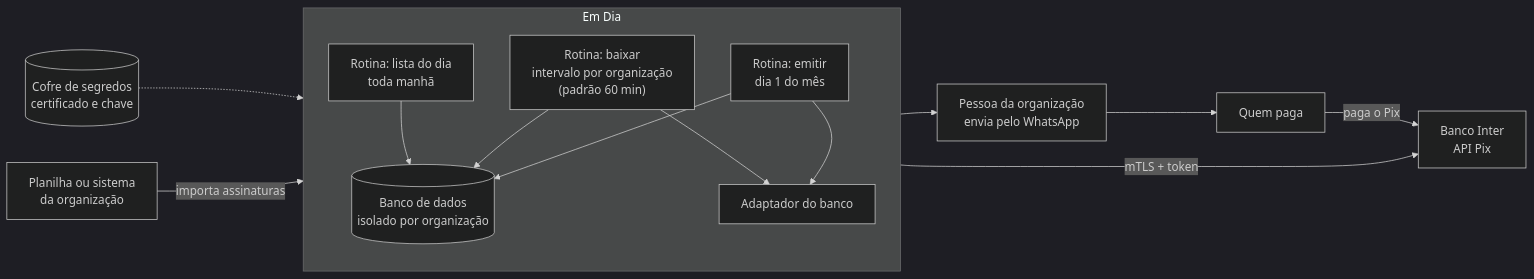
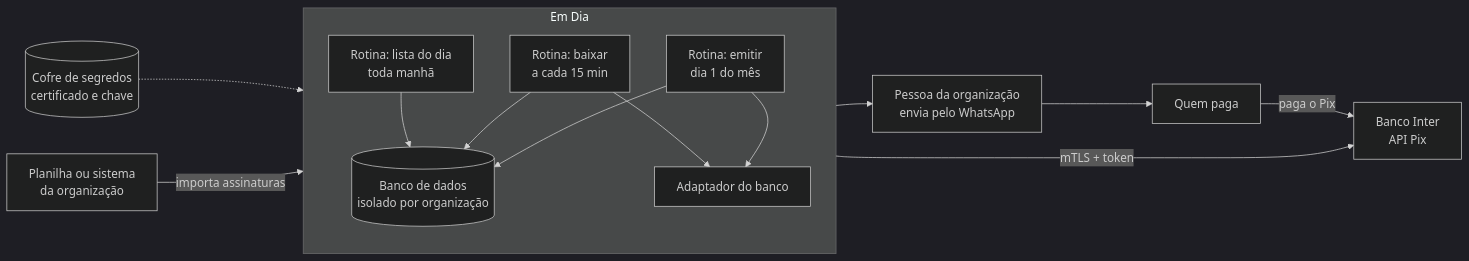
One commit to leonardorudolfocardoso/pix-em-dia changed the second of 9 diagrams in docs/processos.md. Above: the diagram before and after it, drawn with Mermaid (dark theme). The commit also changed other lines of this file and 3 other files, not shown here.

````diff
--- a/docs/processos.md
+++ b/docs/processos.md
@@ -52,22 +52,22 @@
 ```mermaid
 flowchart LR
   planilha["Planilha ou sistema<br/>da organização"] -->|importa assinaturas| emdia
   subgraph emdia["Em Dia"]
     direction TB
     emitir["Rotina: emitir<br/>dia 1 do mês"]
-    baixar["Rotina: baixar<br/>intervalo por organização<br/>(padrão 60 min)"]
+    baixar["Rotina: baixar<br/>a cada 15 min"]
     lista["Rotina: lista do dia<br/>toda manhã"]
     db[("Banco de dados<br/>isolado por organização")]
     adaptador["Adaptador do banco"]
     emitir --> db
     baixar --> db
     lista --> db
     emitir --> adaptador
     baixar --> adaptador
   end
   adaptador -->|mTLS + token| inter["Banco Inter<br/>API Pix"]
   cofre[("Cofre de segredos<br/>certificado e chave")] -.-> adaptador
   lista --> pessoa["Pessoa da organização<br/>envia pelo WhatsApp"]
   pessoa --> familia["Quem paga"]
   familia -->|paga o Pix| inter
 ```
````
